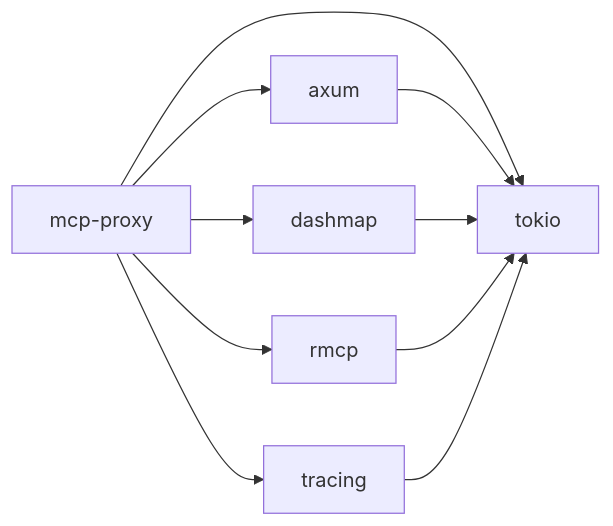
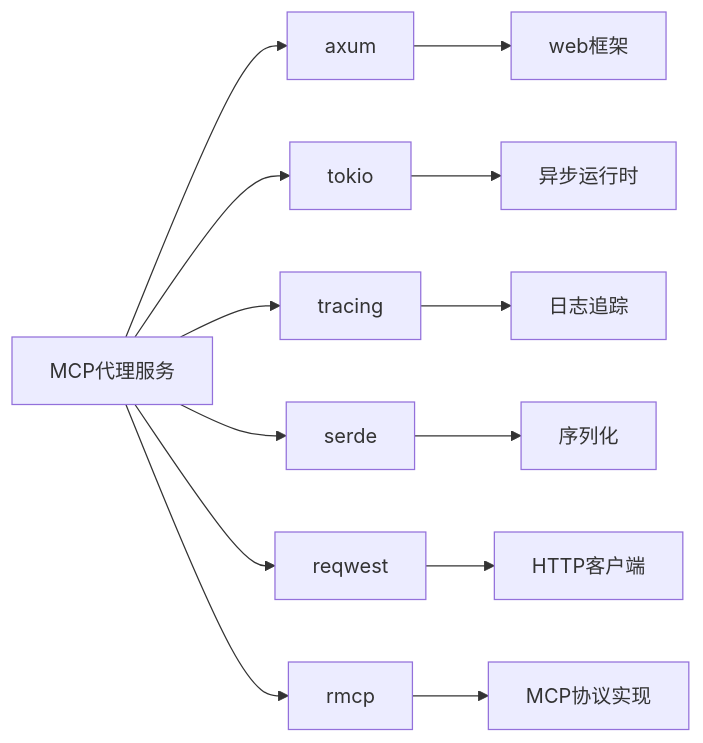
One commit to nuwax-ai/mcp-proxy changed the eighth of 8 diagrams in .qoder/repowiki/zh/content/MCP代理服务/MCP代理服务.md. Above: the diagram before and after it, drawn with Mermaid. The commit also changed other lines of this file and 147 other files, not shown here.

````diff
--- a/.qoder/repowiki/zh/content/MCP代理服务/MCP代理服务.md
+++ b/.qoder/repowiki/zh/content/MCP代理服务/MCP代理服务.md
@@ -217,12 +254,15 @@
 ```mermaid
 graph LR
-A[mcp-proxy] --> B[axum]
+A[MCP代理服务] --> B[axum]
 A --> C[tokio]
-A --> D[dashmap]
-A --> E[rmcp]
-A --> F[tracing]
-B --> C
-D --> C
-E --> C
-F --> C
+A --> D[tracing]
+A --> E[serde]
+A --> F[reqwest]
+A --> G[rmcp]
+B --> H[web框架]
+C --> I[异步运行时]
+D --> J[日志追踪]
+E --> K[序列化]
+F --> L[HTTP客户端]
+G --> M[MCP协议实现]
 ```
````
